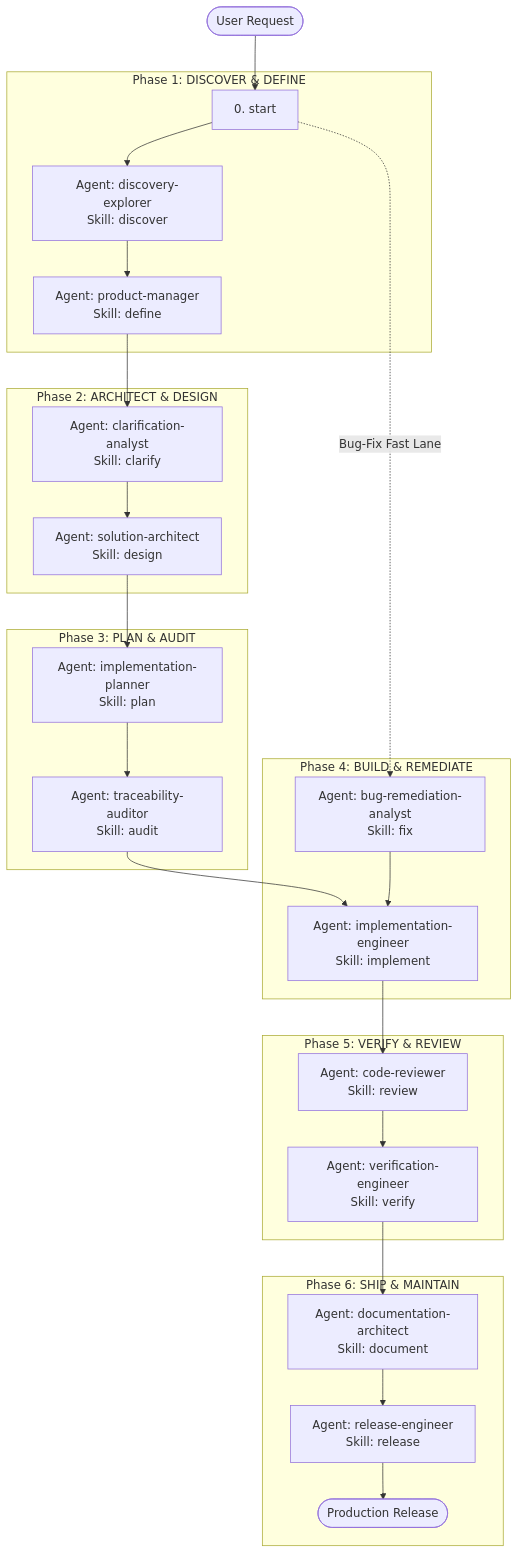
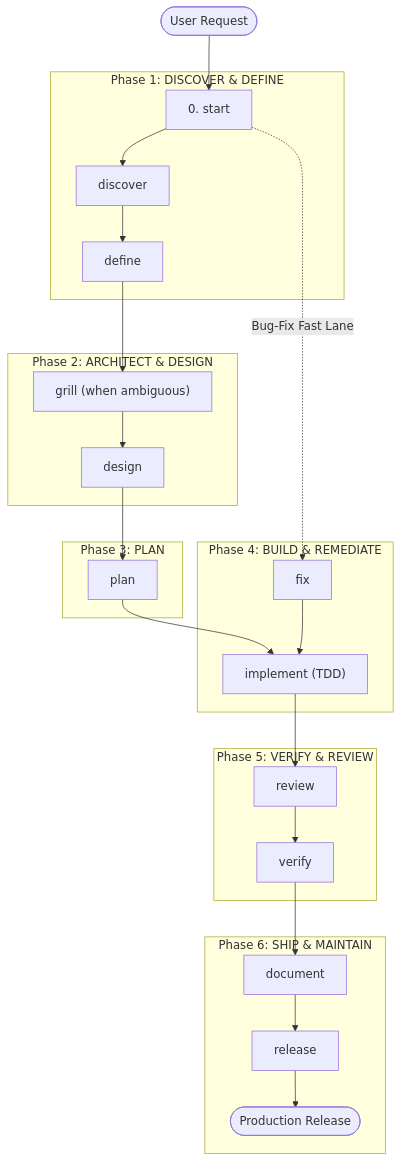
Before and after one commit to coderbuzz/agent-toolkit: the diagram in README.id.md, drawn with Mermaid. The commit also changed other lines of this file and 460 other files, not shown here.

First line of the commit message:
feat(v2)!: remove agent roster, persona locking, and clarify/audit skills

````diff
--- a/README.id.md
+++ b/README.id.md
@@ -134,36 +133,35 @@
 ```mermaid
 flowchart TD
     Start([User Request]) --> Router["0. start"]
-    
+
     subgraph Phase 1: DISCOVER & DEFINE
-        Router --> Explorer["Agent: discovery-explorer\nSkill: discover"]
-        Explorer --> PM["Agent: product-manager\nSkill: define"]
+        Router --> Discover["discover"]
+        Discover --> Define["define"]
     end
-    
+
     subgraph Phase 2: ARCHITECT & DESIGN
-        PM --> Clarify["Agent: clarification-analyst\nSkill: clarify"]
-        Clarify --> Architect["Agent: solution-architect\nSkill: design"]
+        Define --> Grill["grill (when ambiguous)"]
+        Grill --> Design["design"]
     end
-    
-    subgraph Phase 3: PLAN & AUDIT
-        Architect --> Planner["Agent: implementation-planner\nSkill: plan"]
-        Planner --> Auditor["Agent: traceability-auditor\nSkill: audit"]
+
+    subgraph Phase 3: PLAN
+        Design --> Plan["plan"]
     end
-    
+
     subgraph Phase 4: BUILD & REMEDIATE
-        Auditor --> Engineer["Agent: implementation-engineer\nSkill: implement"]
-        Router -. Bug-Fix Fast Lane .-> BugAnalyst["Agent: bug-remediation-analyst\nSkill: fix"]
-        BugAnalyst --> Engineer
+        Plan --> Implement["implement (TDD)"]
+        Router -. Bug-Fix Fast Lane .-> Fix["fix"]
+        Fix --> Implement
     end
-    
+
     subgraph Phase 5: VERIFY & REVIEW
-        Engineer --> Reviewer["Agent: code-reviewer\nSkill: review"]
-        Reviewer --> Verifier["Agent: verification-engineer\nSkill: verify"]
+        Implement --> Review["review"]
+        Review --> Verify["verify"]
     end
-    
+
     subgraph Phase 6: SHIP & MAINTAIN
-        Verifier --> DocArch["Agent: documentation-architect\nSkill: document"]
-        DocArch --> ReleaseEng["Agent: release-engineer\nSkill: release"]
-        ReleaseEng --> Done([Production Release])
+        Verify --> Document["document"]
+        Document --> Release["release"]
+        Release --> Done([Production Release])
     end
 ```
````
